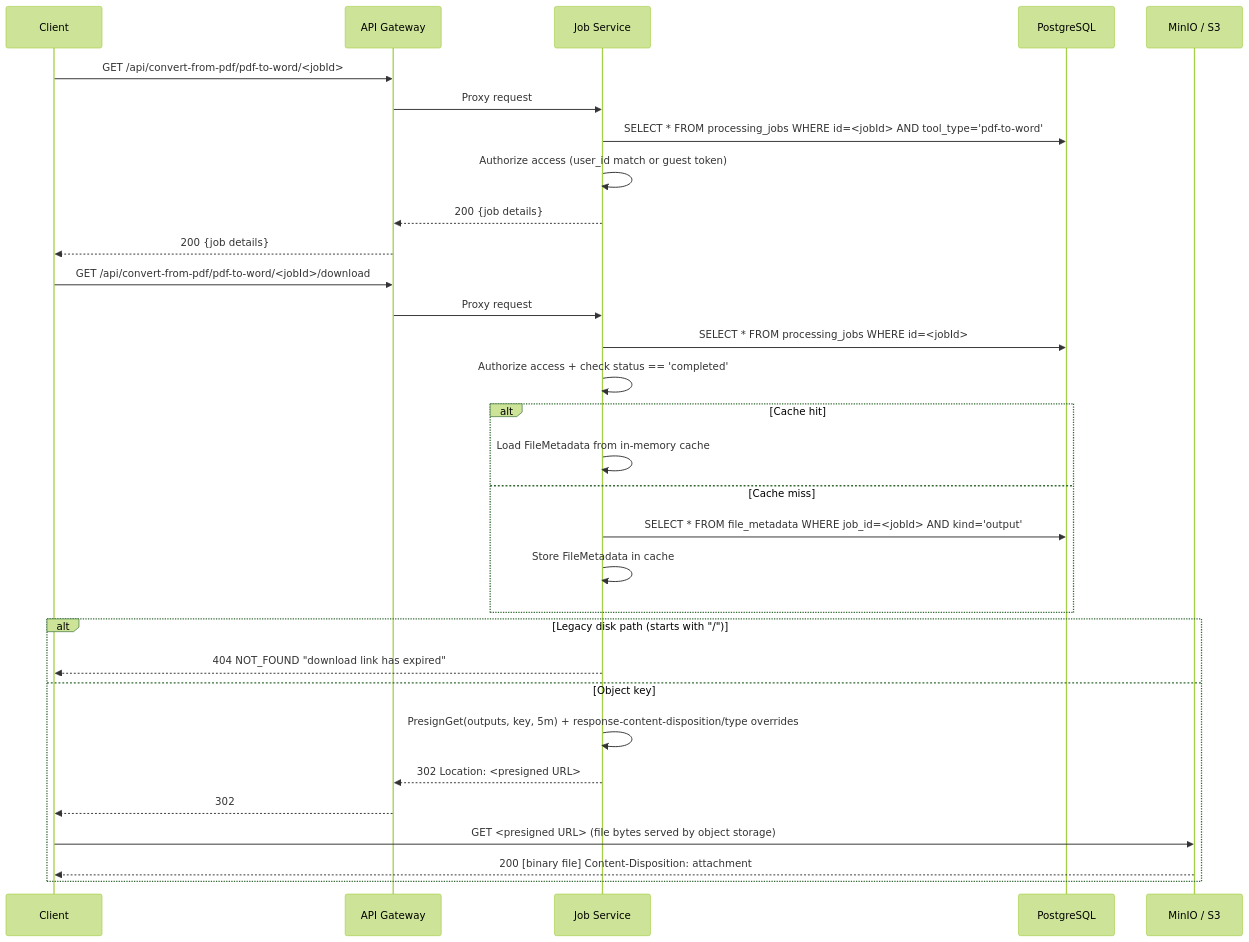
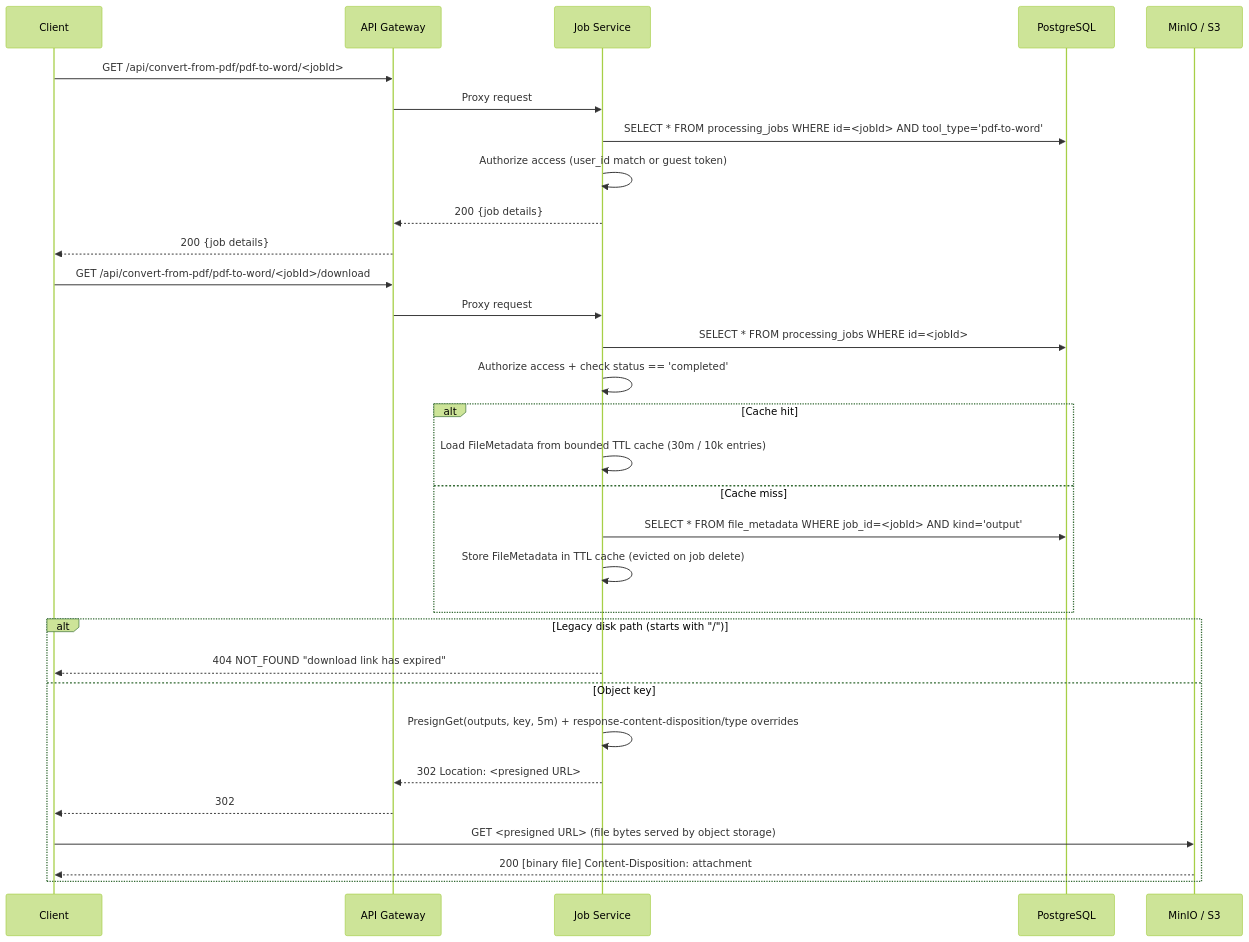
One commit to code-farms/fyredocs_backend changed the third of 4 diagrams in docs/developer/services/job-service.md. Above: the diagram before and after it, drawn with Mermaid (forest theme). The commit also changed other lines of this file and 162 other files, not shown here.

````diff
--- a/docs/developer/services/job-service.md
+++ b/docs/developer/services/job-service.md
@@ -469,35 +486,35 @@
 ```mermaid
 sequenceDiagram
     participant C as Client
     participant GW as API Gateway
     participant JS as Job Service
     participant DB as PostgreSQL
     participant S3 as MinIO / S3
 
     C->>GW: GET /api/convert-from-pdf/pdf-to-word/<jobId>
     GW->>JS: Proxy request
     JS->>DB: SELECT * FROM processing_jobs WHERE id=<jobId> AND tool_type='pdf-to-word'
     JS->>JS: Authorize access (user_id match or guest token)
     JS-->>GW: 200 {job details}
     GW-->>C: 200 {job details}
 
     C->>GW: GET /api/convert-from-pdf/pdf-to-word/<jobId>/download
     GW->>JS: Proxy request
     JS->>DB: SELECT * FROM processing_jobs WHERE id=<jobId>
     JS->>JS: Authorize access + check status == 'completed'
     alt Cache hit
-        JS->>JS: Load FileMetadata from in-memory cache
+        JS->>JS: Load FileMetadata from bounded TTL cache (30m / 10k entries)
     else Cache miss
         JS->>DB: SELECT * FROM file_metadata WHERE job_id=<jobId> AND kind='output'
-        JS->>JS: Store FileMetadata in cache
+        JS->>JS: Store FileMetadata in TTL cache (evicted on job delete)
     end
     alt Legacy disk path (starts with "/")
         JS-->>C: 404 NOT_FOUND "download link has expired"
     else Object key
         JS->>JS: PresignGet(outputs, key, 5m) + response-content-disposition/type overrides
         JS-->>GW: 302 Location: <presigned URL>
         GW-->>C: 302
         C->>S3: GET <presigned URL> (file bytes served by object storage)
         S3-->>C: 200 [binary file] Content-Disposition: attachment
     end
 ```
````
